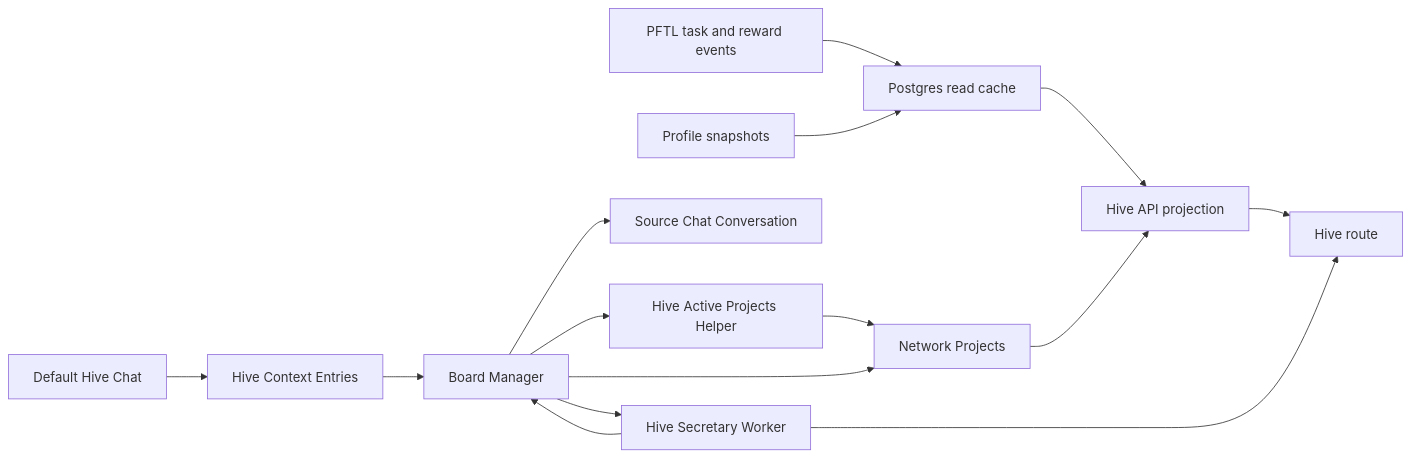
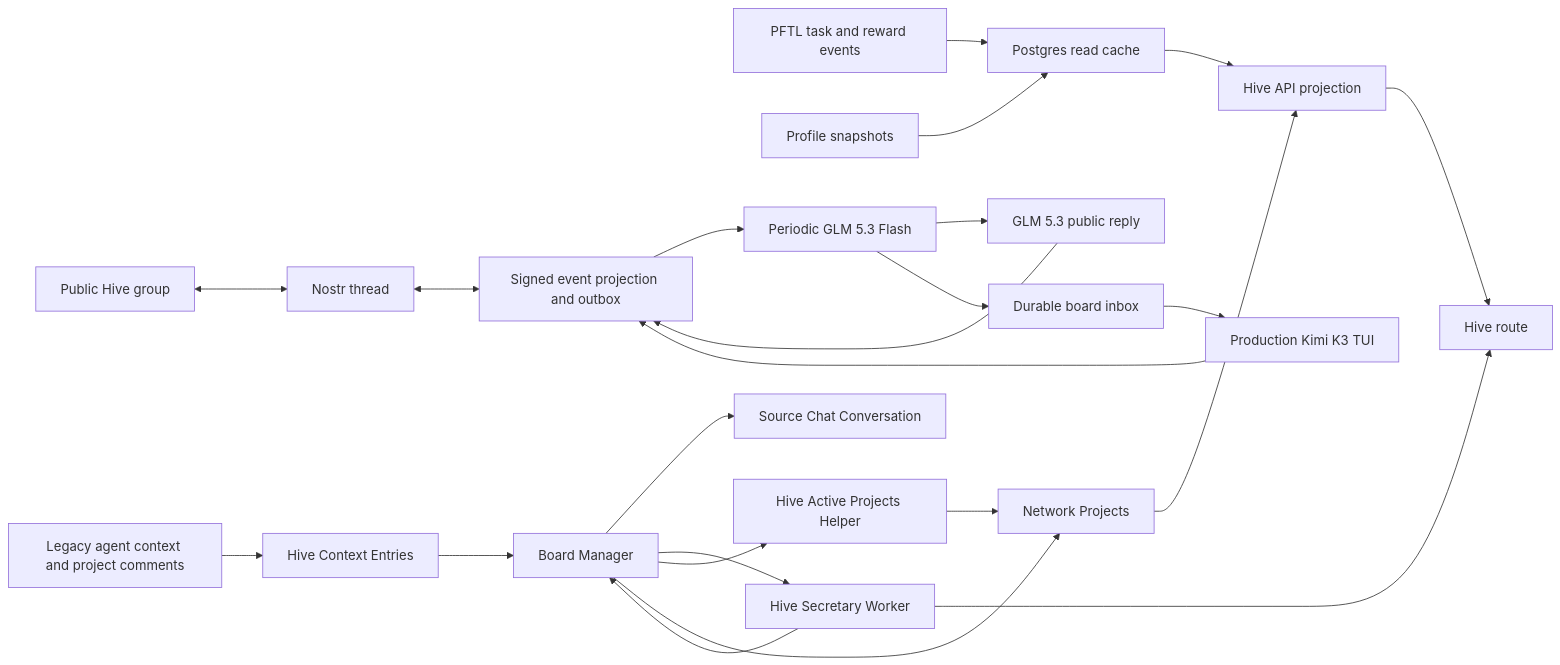
The diagram in docs/wiki/surfaces/hive.md (postfiatorg/tasknode), drawn with Mermaid before and after one commit. The commit also changed other lines of this file and 629 other files, not shown here.

````diff
--- a/docs/wiki/surfaces/hive.md
+++ b/docs/wiki/surfaces/hive.md
@@ -914,17 +845,25 @@
 ```mermaid
 flowchart LR
   PFTL[PFTL task and reward events] --> Cache[Postgres read cache]
   Profiles[Profile snapshots] --> Cache
   Cache --> HiveAPI[Hive API projection]
   HiveAPI --> HiveUI[Hive route]
-  HiveInput[Default Hive Chat] --> HiveContext[Hive Context Entries]
+  HiveInput[Legacy agent context and project comments] --> HiveContext[Hive Context Entries]
+  Group[Public Hive group] <--> Relay[Nostr thread]
+  Relay <--> Outbox[Signed event projection and outbox]
+  Outbox --> Flash[Periodic GLM 5.3 Flash]
+  Flash --> Reply[GLM 5.3 public reply]
+  Reply --> Outbox
+  Flash --> Inbox[Durable board inbox]
+  Inbox --> Kimi[Production Kimi K3 TUI]
+  Kimi --> Outbox
   HiveContext --> Manager[Board Manager]
   Manager --> Chat[Source Chat Conversation]
   Secretary[Hive Secretary Worker] --> Manager
   Manager --> Secretary
   Manager --> ProjectPlanner[Hive Active Projects Helper]
   ProjectPlanner --> Projects[Network Projects]
   Manager --> Projects
   Projects --> HiveAPI
   Secretary --> HiveUI
 ```
````
